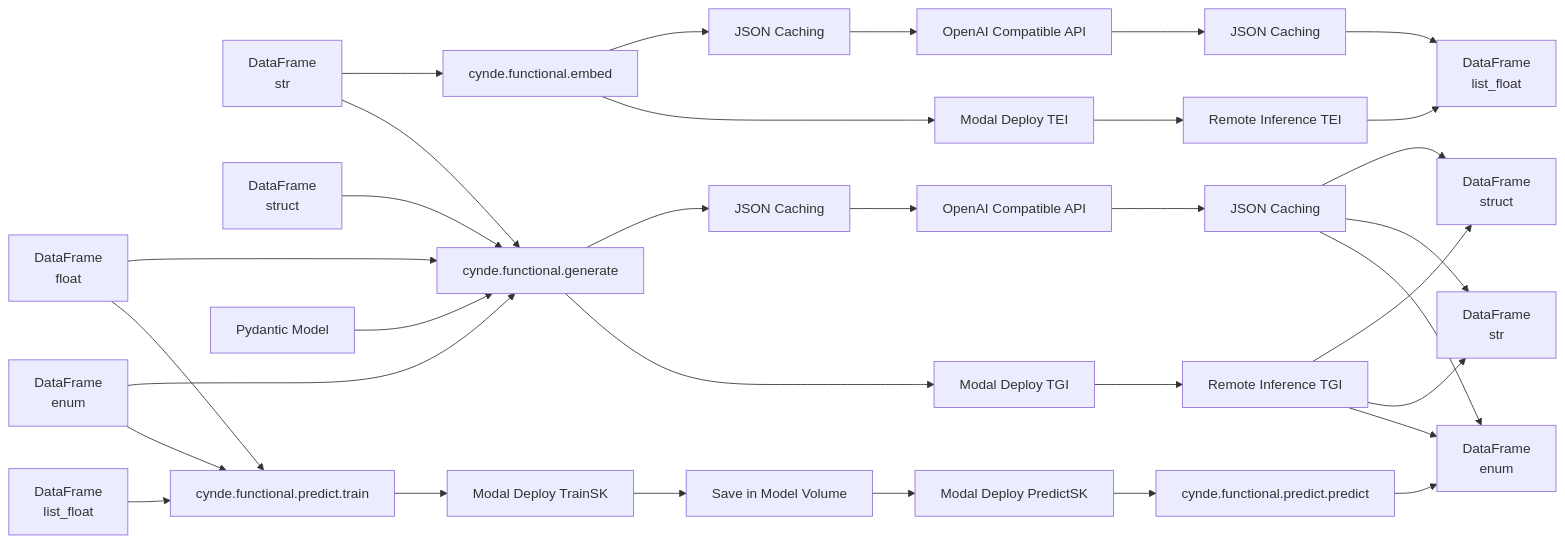
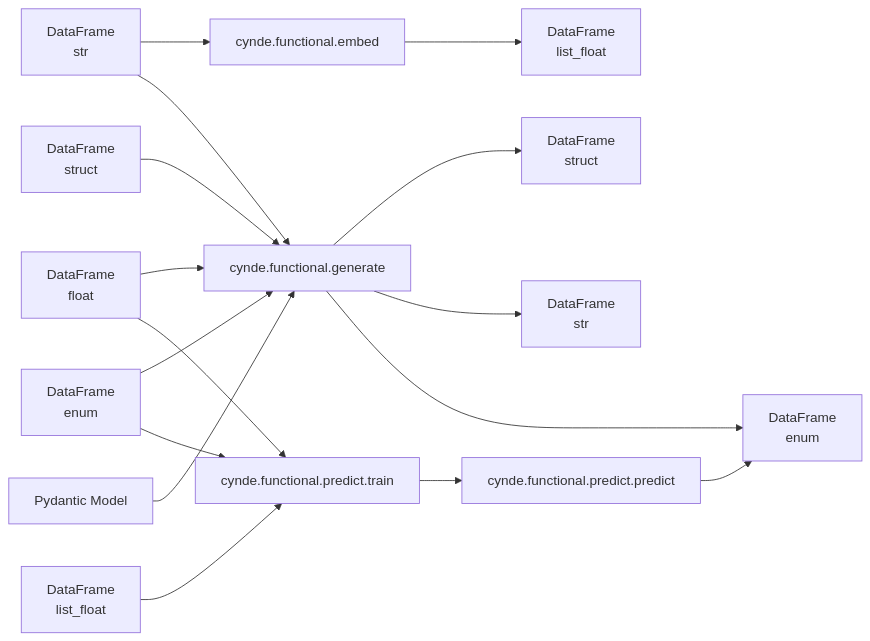
The diagram in drawings.md (Neural-Dragon-AI/Cynde), drawn with Mermaid before and after one commit. The commit also changed other lines of this file and 1 other file, not shown here.

````diff
--- a/drawings.md
+++ b/drawings.md
@@ -3,39 +3,22 @@
 ```mermaid
 graph LR
     A[DataFrame<br>str] --> B[cynde.functional.embed]
     A --> C[cynde.functional.generate]
     D[DataFrame<br>float] --> C
     E[DataFrame<br>enum] --> C
     T[DataFrame<br>struct] --> C
     E --> F[cynde.functional.predict.train]
     D --> F
     G[DataFrame<br>list_float] --> F
 
     H[Pydantic Model] --> C
 
-    B --> I[JSON Caching]
-    B --> J[Modal Deploy TEI]
-    I --> K[OpenAI Compatible API]
-    J --> L[Remote Inference TEI]
-    K --> M[JSON Caching]
-    L --> N[DataFrame<br>list_float]
-    M --> N
+    B --> N[DataFrame<br>list_float]
 
-    C --> O[JSON Caching]
-    C --> P[Modal Deploy TGI]
-    O --> Q[OpenAI Compatible API]
-    P --> R[Remote Inference TGI]
-    Q --> S[JSON Caching]
-    R --> T2[DataFrame<br>struct]
-    R --> A2[DataFrame<br>str]
-    R --> E2[DataFrame<br>enum]
-    S --> T2
-    S --> A2
-    S --> E2
+    C --> T2[DataFrame<br>struct]
+    C --> A2[DataFrame<br>str]
+    C --> E2[DataFrame<br>enum]
 
-    F --> U[Modal Deploy TrainSK]
-    U --> V[Save in Model Volume]
-    V --> W[Modal Deploy PredictSK]
-    W --> X[cynde.functional.predict.predict]
+    F --> X[cynde.functional.predict.predict]
     X --> E2
 ```
````
